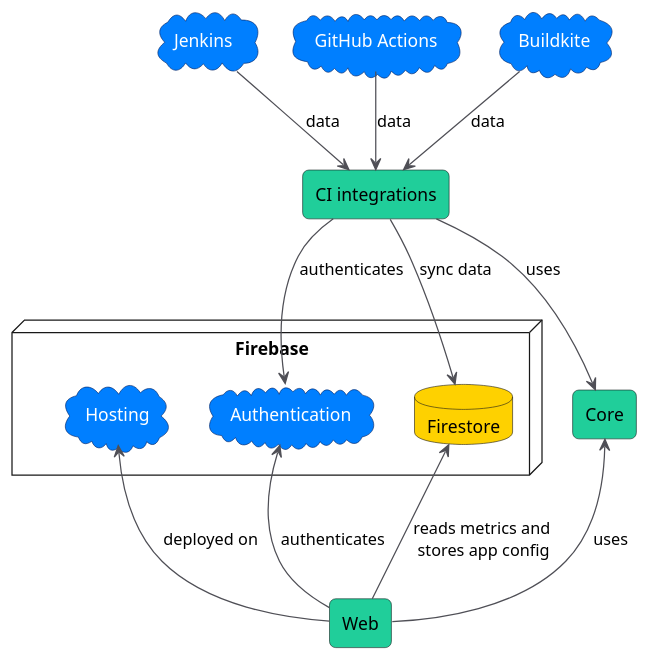
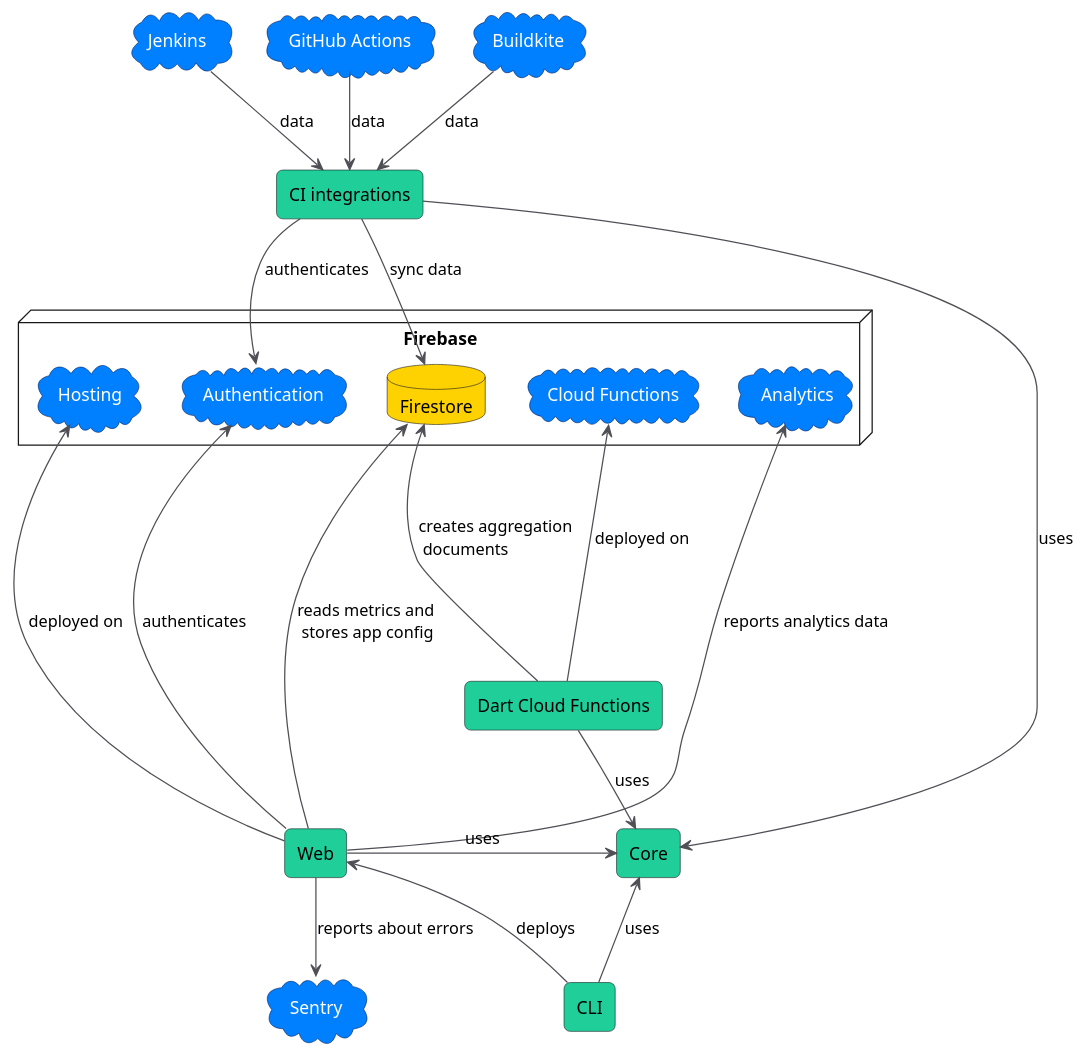
Before and after one commit to Flank/flank-dashboard: the diagram in concept_map.puml, drawn with PlantUML. The commit also changed 1 other file, not shown here.

Commit message:
Update concept map to include all Metrics components

```diff
--- a/concept_map.puml
+++ b/concept_map.puml
@@ -1,65 +1,80 @@
 @startuml metrics_concept_map
 
 skinparam DefaultTextAlignment left
 
 skinparam database {
     borderColor #292618
     backgroundColor #fed100
 }
 
 skinparam cloud {
     borderColor #002366
     backgroundColor #007FFF
     fontColor white
 }
 
 skinparam rectangle {
     borderColor #182b27
     backgroundColor #20ce9a
     roundCorner 10
 }
 
 skinparam ArrowColor #4f4f56
 
 cloud Jenkins
 cloud "GitHub Actions" as GA
 cloud Buildkite
 
 rectangle "CI integrations" as CI
+rectangle "Dart Cloud Functions" as DartCloudFunctions
 
 together {
     node Firebase {
         cloud Hosting
         database Firestore
         cloud Authentication
+        cloud "Cloud Functions" as CloudFunctions
+        cloud Analytics
     }
 
     rectangle Core
 }
+rectangle Web
+rectangle "CLI"
 
-rectangle Web
+cloud Sentry
 
 Jenkins -[hidden]right-> GA
 GA -[hidden]right-> Buildkite
+
+Core -[hidden]left-> Analytics  
 
 Jenkins -down-> CI : data
 GA -down-> CI : data
 Buildkite -down-> CI : data
 
 CI -down-> Firestore : sync data
 CI -down-> Authentication : authenticates
 CI -[hidden]down-> Hosting
 
 Hosting -[hidden]right-> Authentication
 Authentication -[hidden]right-> Firestore
 
-Firebase -[hidden]right-> Core
+Web --up--> Firestore : reads metrics and \l stores app config
+Web --up--> Authentication : authenticates
+Web --up--> Hosting : deployed on
+Web --up--> Analytics : reports analytics data
+Web -down-> Sentry : reports about errors
 
-Web -up-> Firestore : reads metrics and \l stores app config
-Web -up-> Authentication : authenticates
-Web -up-> Hosting : deployed on
+DartCloudFunctions -up-> CloudFunctions : deployed on
+DartCloudFunctions -[hidden]-> Core : uses
+DartCloudFunctions -up-> Firestore : creates aggregation \l documents
 
+CLI -up-> Web : deploys
+CLI -up-> Core : uses
+
+DartCloudFunctions -down-> Core : uses
 Web --right--> Core : uses
 CI --right--> Core  : uses
 
 @enduml
```
